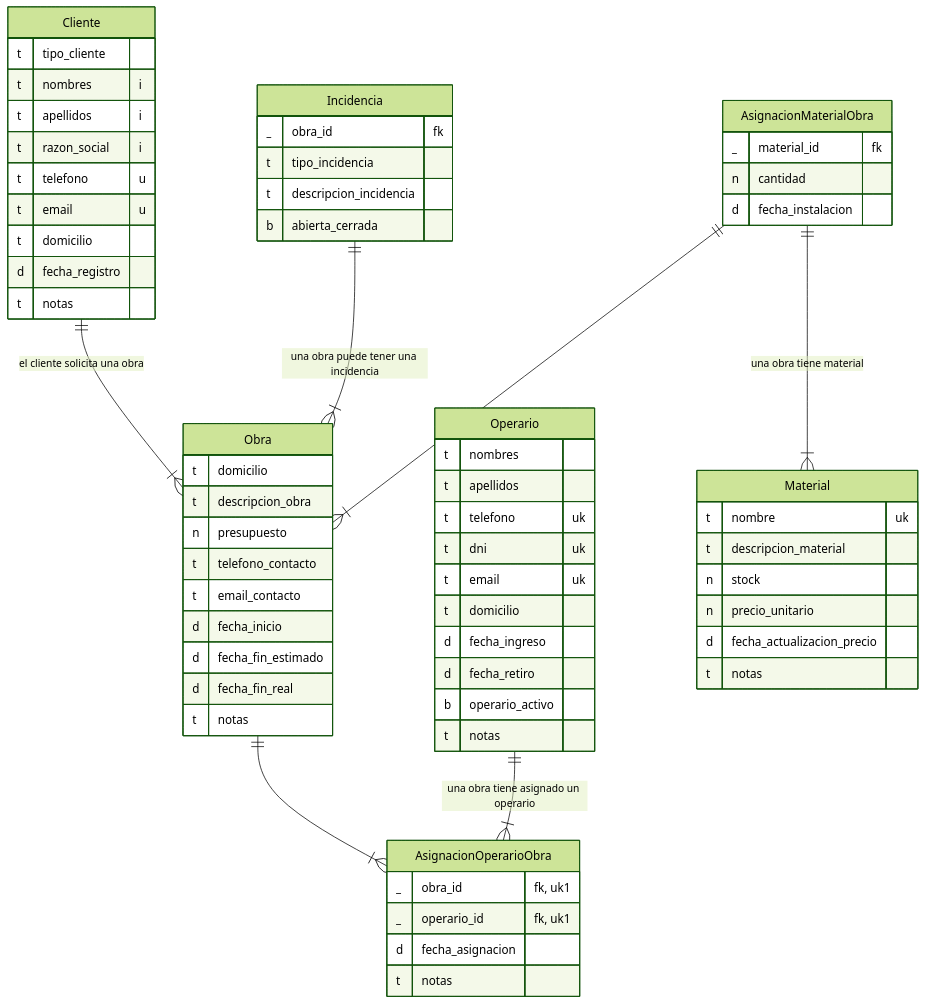
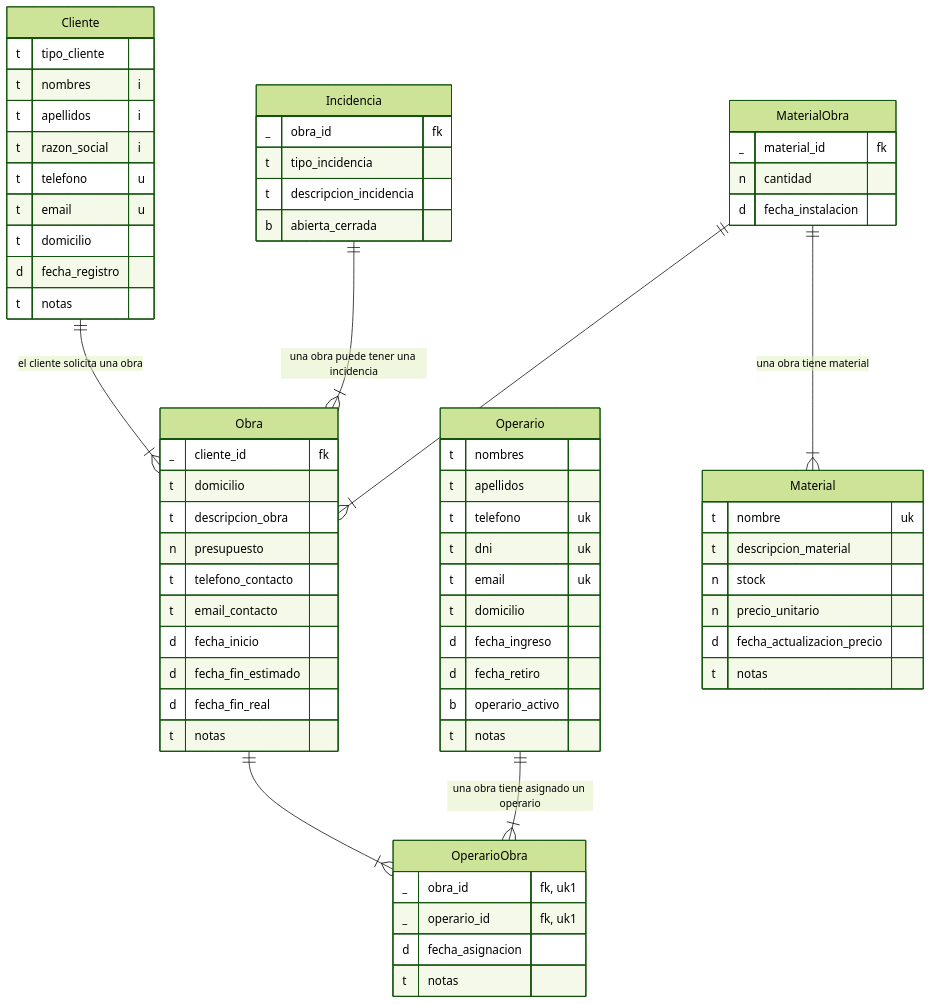
Before and after one commit to esthorace81/Xerolysis: the diagram in src/apps/obras/docs/modelos.mmd, drawn with Mermaid (forest theme). The commit also changed 9 other files, not shown here.

```diff
--- a/src/apps/obras/docs/modelos.mmd
+++ b/src/apps/obras/docs/modelos.mmd
@@ -1,76 +1,77 @@
 erDiagram
     Cliente {
         t tipo_cliente 
         t nombres "i"
         t apellidos "i"
         t razon_social "i"
         t telefono "u"
         t email "u"
         t domicilio
         d fecha_registro
         t notas
     }
 
     Obra {
+        _ cliente_id "fk"
         t domicilio
         t descripcion_obra
         n presupuesto
         t telefono_contacto
         t email_contacto
         d fecha_inicio
         d fecha_fin_estimado
         d fecha_fin_real
         t notas
     }
 
     Cliente ||--|{ Obra : "el cliente solicita una obra"
 
     Incidencia {
         _ obra_id "fk"
         t tipo_incidencia
         t descripcion_incidencia
         b abierta_cerrada
     }
 
     Incidencia ||--|{ Obra : "una obra puede tener una incidencia"
 
     Operario {
         t nombres
         t apellidos
         t telefono "uk"
         t dni "uk"
         t email "uk"
         t domicilio
         d fecha_ingreso
         d fecha_retiro
         b operario_activo
         t notas
     }
 
-    AsignacionOperarioObra {
+    OperarioObra {
         _ obra_id "fk, uk1"
         _ operario_id "fk, uk1"
         d fecha_asignacion
         t notas
     }
     
-    Obra ||--|{ AsignacionOperarioObra : ""
-    Operario ||--|{ AsignacionOperarioObra : "una obra tiene asignado un operario"
+    Obra ||--|{ OperarioObra : ""
+    Operario ||--|{ OperarioObra : "una obra tiene asignado un operario"
         
     Material {
         t nombre "uk"
         t descripcion_material
         n stock
         n precio_unitario
         d fecha_actualizacion_precio
         t notas
     }
 
-    AsignacionMaterialObra {
+    MaterialObra {
         _ material_id "fk"
         n cantidad
         d fecha_instalacion
     }
 
-    AsignacionMaterialObra ||--|{ Obra : ""
-    AsignacionMaterialObra ||--|{ Material : "una obra tiene material"
+    MaterialObra ||--|{ Obra : ""
+    MaterialObra ||--|{ Material : "una obra tiene material"
```
